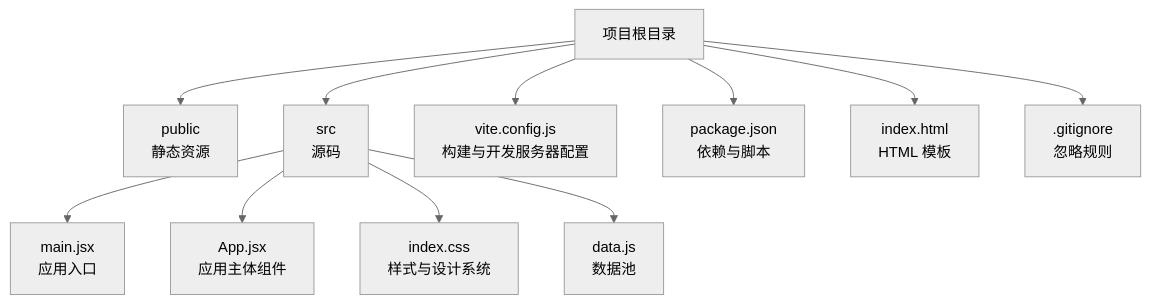
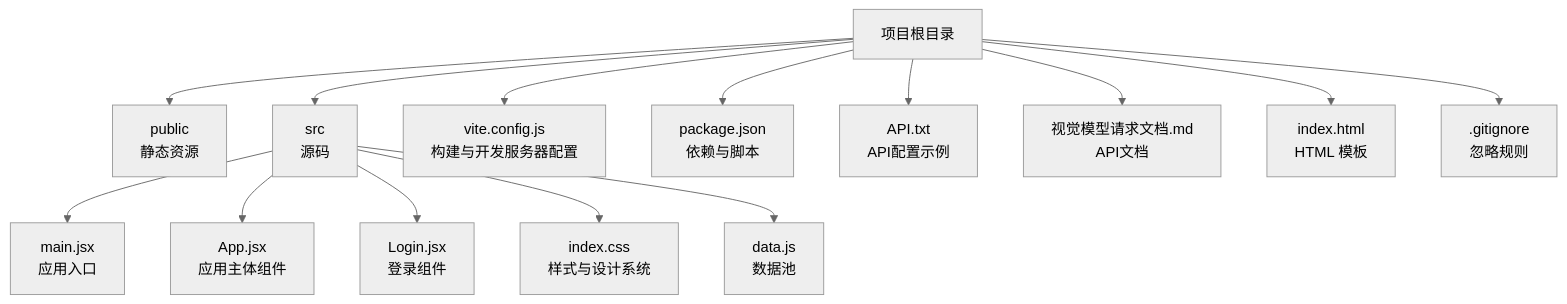
Before and after one commit to billye220670/newSquare: the first of 5 diagrams in .qoder/repowiki/zh/content/开发指南/开发指南.md, drawn with Mermaid (neutral theme). The commit also changed other lines of this file and 7 other files, not shown here.

````diff
--- a/.qoder/repowiki/zh/content/开发指南/开发指南.md
+++ b/.qoder/repowiki/zh/content/开发指南/开发指南.md
@@ -33,13 +45,16 @@
 ```mermaid
 graph TB
 Root["项目根目录"] --> Public["public<br/>静态资源"]
 Root --> Src["src<br/>源码"]
 Root --> Config["vite.config.js<br/>构建与开发服务器配置"]
 Root --> Pkg["package.json<br/>依赖与脚本"]
+Root --> API["API.txt<br/>API配置示例"]
+Root --> Docs["视觉模型请求文档.md<br/>API文档"]
 Src --> Main["main.jsx<br/>应用入口"]
 Src --> App["App.jsx<br/>应用主体组件"]
+Src --> Login["Login.jsx<br/>登录组件"]
 Src --> Styles["index.css<br/>样式与设计系统"]
 Src --> Data["data.js<br/>数据池"]
 Root --> HTML["index.html<br/>HTML 模板"]
 Root --> GitIgnore[".gitignore<br/>忽略规则"]
 ```
````
